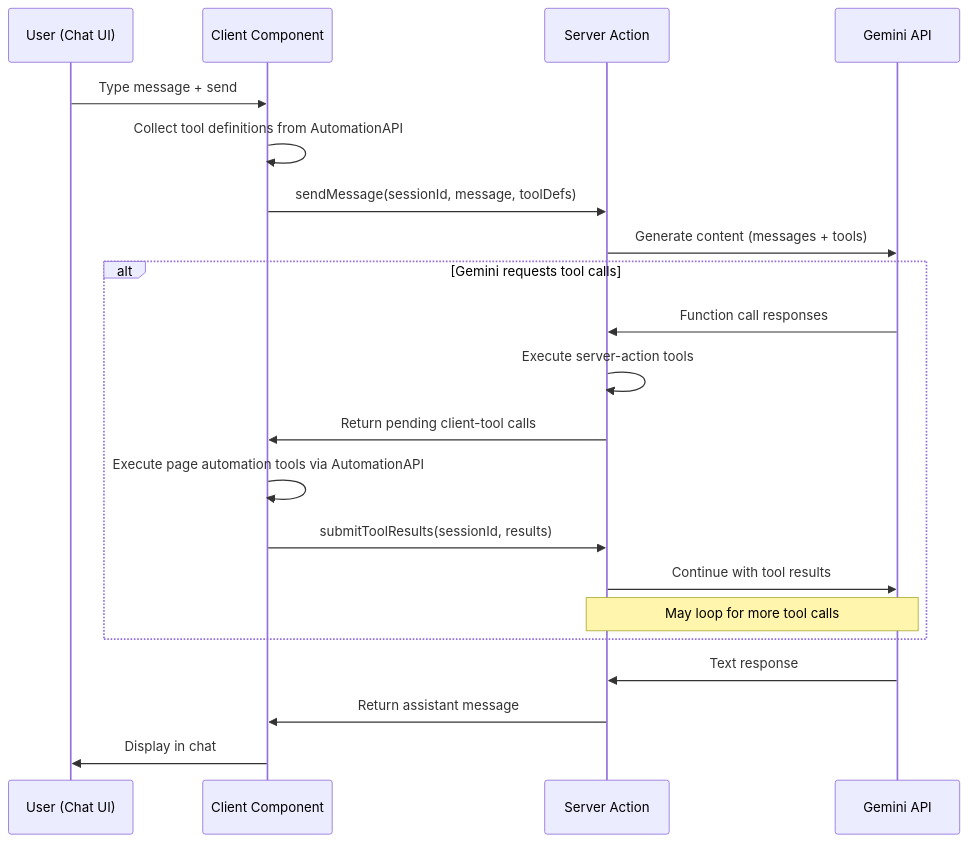
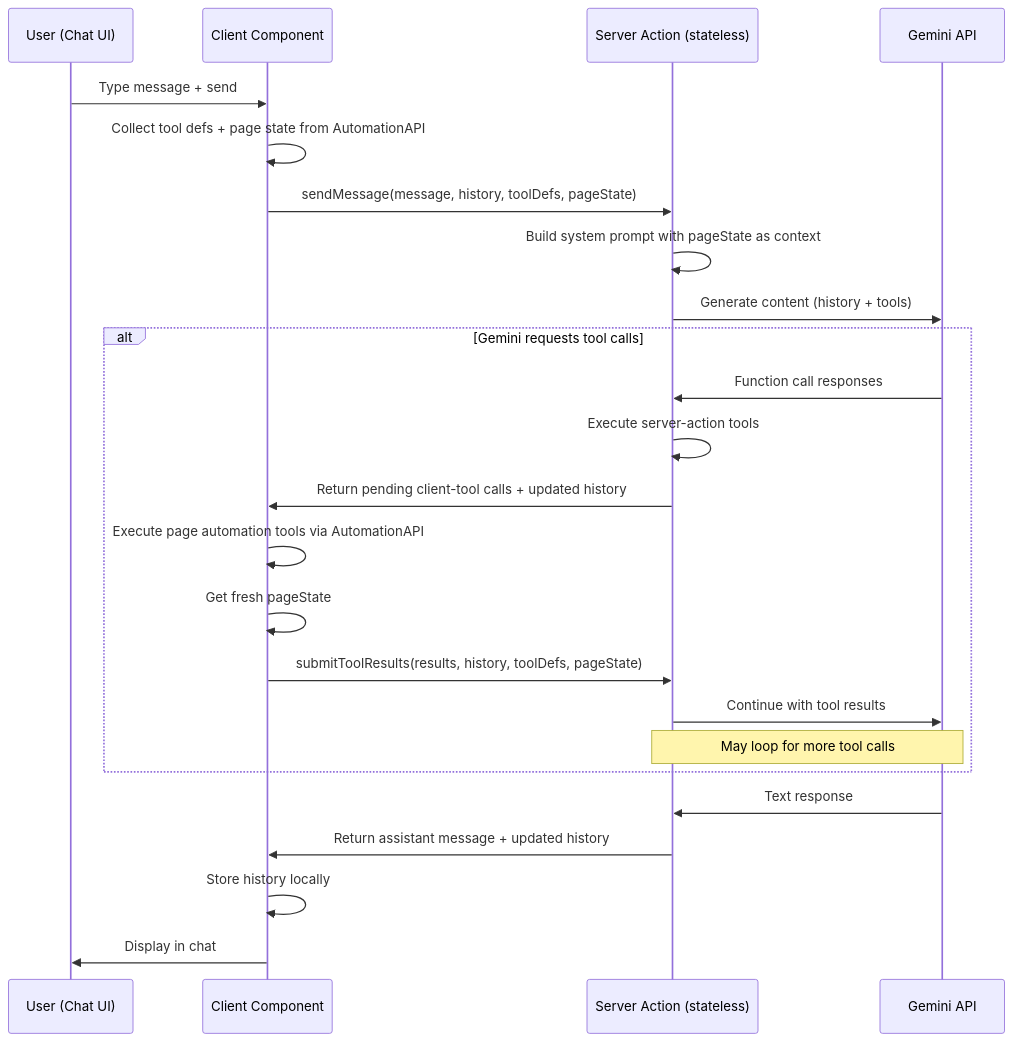
Before and after one commit to jay-framework/jay: the diagram in design-log/92 - gemini agent plugin for jay-stack.md, drawn with Mermaid. The commit also changed other lines of this file, not shown here.

````diff
--- a/design-log/92 - gemini agent plugin for jay-stack.md
+++ b/design-log/92 - gemini agent plugin for jay-stack.md
@@ -201,26 +276,29 @@
 ```mermaid
 sequenceDiagram
     participant U as User (Chat UI)
     participant C as Client Component
-    participant S as Server Action
+    participant S as Server Action (stateless)
     participant G as Gemini API
 
     U->>C: Type message + send
-    C->>C: Collect tool definitions from AutomationAPI
-    C->>S: sendMessage(sessionId, message, toolDefs)
-    S->>G: Generate content (messages + tools)
+    C->>C: Collect tool defs + page state from AutomationAPI
+    C->>S: sendMessage(message, history, toolDefs, pageState)
+    S->>S: Build system prompt with pageState as context
+    S->>G: Generate content (history + tools)
     
     alt Gemini requests tool calls
         G->>S: Function call responses
         S->>S: Execute server-action tools
-        S->>C: Return pending client-tool calls
+        S->>C: Return pending client-tool calls + updated history
         C->>C: Execute page automation tools via AutomationAPI
-        C->>S: submitToolResults(sessionId, results)
+        C->>C: Get fresh pageState
+        C->>S: submitToolResults(results, history, toolDefs, pageState)
         S->>G: Continue with tool results
         Note over S,G: May loop for more tool calls
     end
     
     G->>S: Text response
-    S->>C: Return assistant message
+    S->>C: Return assistant message + updated history
+    C->>C: Store history locally
     C->>U: Display in chat
 ```
````
